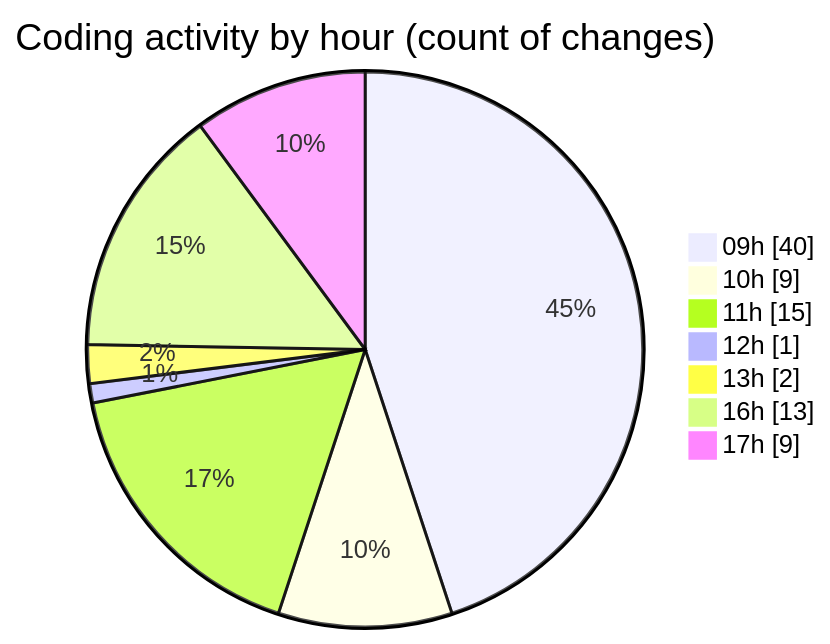
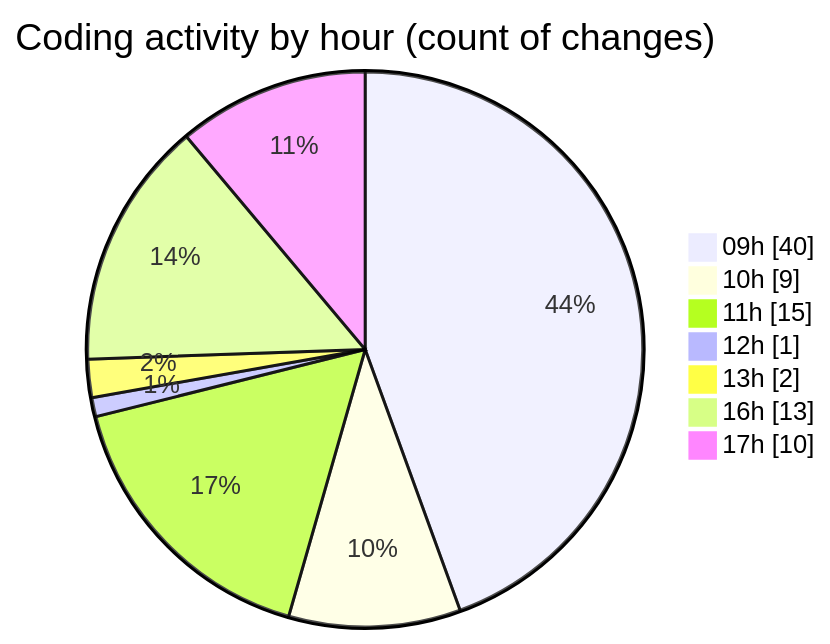
The second of 2 diagrams in 2026-06-15/cda/README.md (momahboobian/code-tracking), drawn with Mermaid before and after one commit. The commit also changed other lines of this file and 1 other file, not shown here.

````diff
--- a/2026-06-15/cda/README.md
+++ b/2026-06-15/cda/README.md
@@ -76,11 +76,11 @@
 ```mermaid
 pie showData
 title Coding activity by hour (count of changes)
 "09h" : 40
 "10h" : 9
 "11h" : 15
 "12h" : 1
 "13h" : 2
 "16h" : 13
-"17h" : 9
+"17h" : 10
 ```
````
